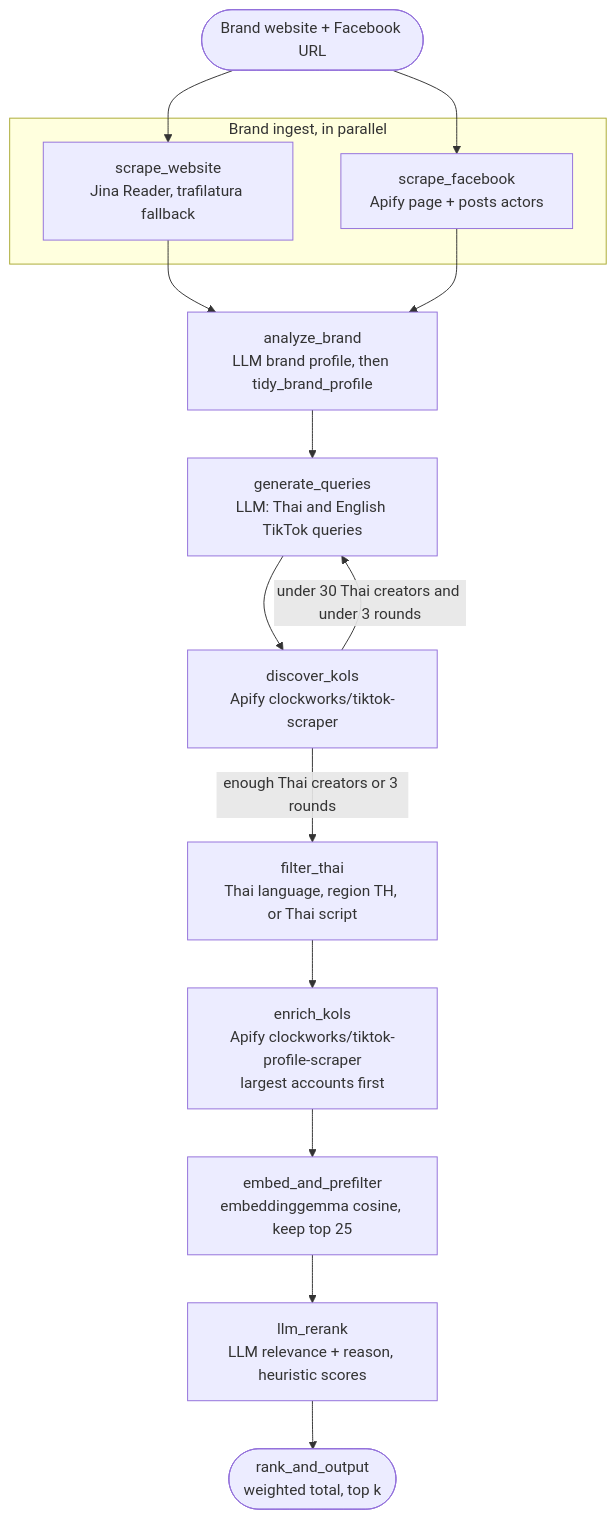
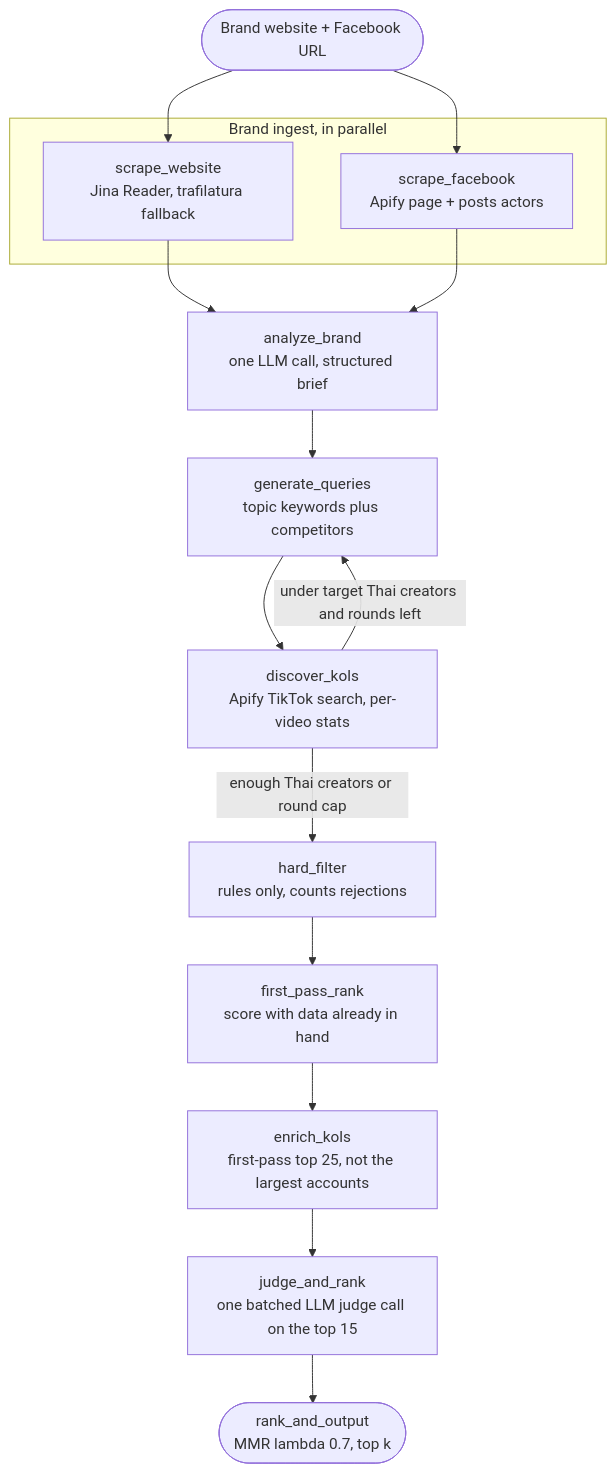
Before and after one commit to Jamessurapat26/tiktok-kol-matcher: the first of 2 diagrams in README.md, drawn with Mermaid. The commit also changed other lines of this file and 2 other files, not shown here.

Commit message:
Document the v2 scoring, cost per job, and which runtime came from which settings

````diff
--- a/README.md
+++ b/README.md
@@ -195,21 +205,21 @@
 ```mermaid
 flowchart TD
     REQ([Brand website + Facebook URL]) --> W
     REQ --> F
 
     subgraph ingest [Brand ingest, in parallel]
         W["scrape_website<br/>Jina Reader, trafilatura fallback"]
         F["scrape_facebook<br/>Apify page + posts actors"]
     end
 
-    W --> A["analyze_brand<br/>LLM brand profile, then tidy_brand_profile"]
+    W --> A["analyze_brand<br/>one LLM call, structured brief"]
     F --> A
-    A --> Q["generate_queries<br/>LLM: Thai and English TikTok queries"]
-    Q --> D["discover_kols<br/>Apify clockworks/tiktok-scraper"]
-    D -->|"under 30 Thai creators and under 3 rounds"| Q
-    D -->|"enough Thai creators or 3 rounds"| T["filter_thai<br/>Thai language, region TH, or Thai script"]
-    T --> E["enrich_kols<br/>Apify clockworks/tiktok-profile-scraper<br/>largest accounts first"]
-    E --> P["embed_and_prefilter<br/>embeddinggemma cosine, keep top 25"]
-    P --> R["llm_rerank<br/>LLM relevance + reason, heuristic scores"]
-    R --> O(["rank_and_output<br/>weighted total, top k"])
+    A --> Q["generate_queries<br/>topic keywords plus competitors"]
+    Q --> D["discover_kols<br/>Apify TikTok search, per-video stats"]
+    D -->|"under target Thai creators and rounds left"| Q
+    D -->|"enough Thai creators or round cap"| HF["hard_filter<br/>rules only, counts rejections"]
+    HF --> FP["first_pass_rank<br/>score with data already in hand"]
+    FP --> E["enrich_kols<br/>first-pass top 25, not the largest accounts"]
+    E --> J["judge_and_rank<br/>one batched LLM judge call on the top 15"]
+    J --> O(["rank_and_output<br/>MMR lambda 0.7, top k"])
 ```
````
